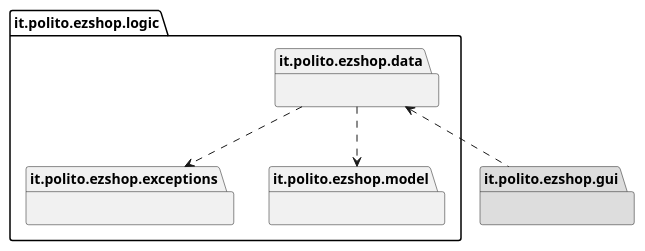
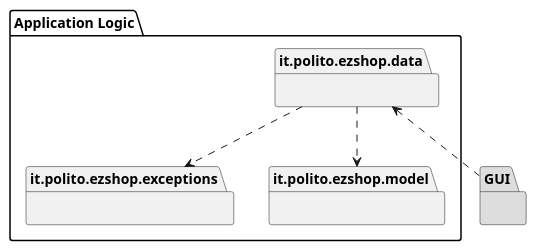
The first of 2 diagrams in Deliverables/DesignDocument.md (thegabriele97/EzShop), drawn with PlantUML before and after one commit.

Commit message:
docs: updated DesignDocument, Package Diagram

````diff
--- a/Deliverables/DesignDocument.md
+++ b/Deliverables/DesignDocument.md
@@ -27,26 +27,26 @@
 ```plantuml
-package "it.polito.ezshop.gui" as GUI #DDDDDD {
+package "GUI" as GUI #DDDDDD {
 
 }
 
-package "it.polito.ezshop.logic" as Backend {
+package "Application Logic" as Backend {
 
     package "it.polito.ezshop.data" as data {
 
     }
 
     package "it.polito.ezshop.exceptions" as excp {
 
     }
 
     package "it.polito.ezshop.model" as model {
 
     }
 
     data ..> excp
     data ..> model
 
 }
 
 GUI .up.> data
 ```
````
